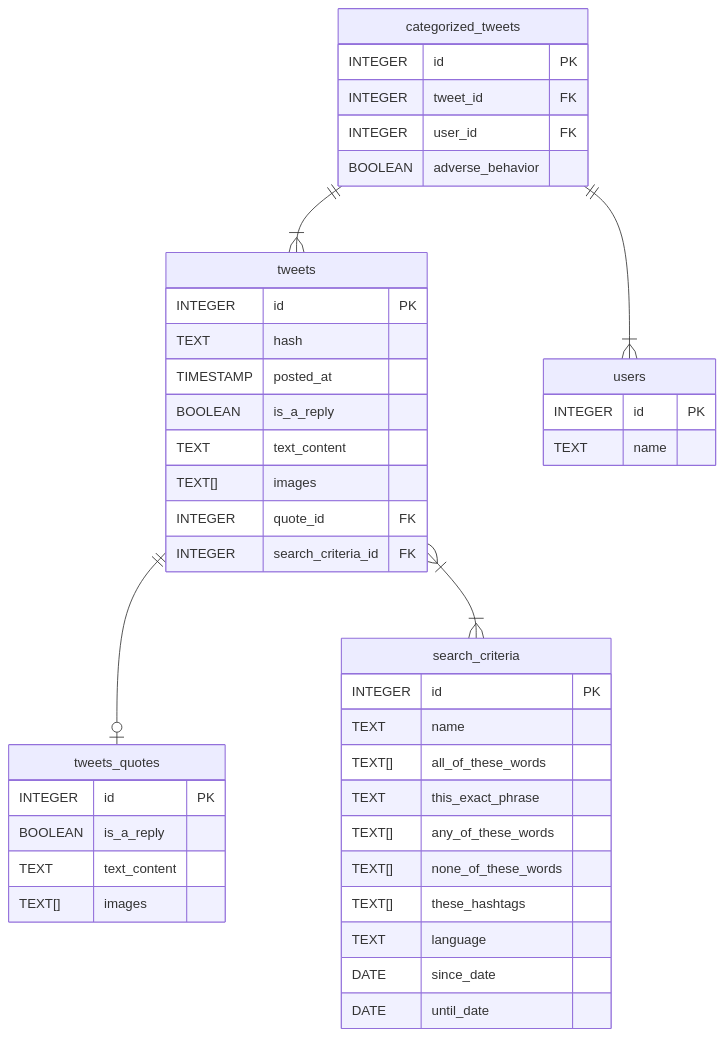
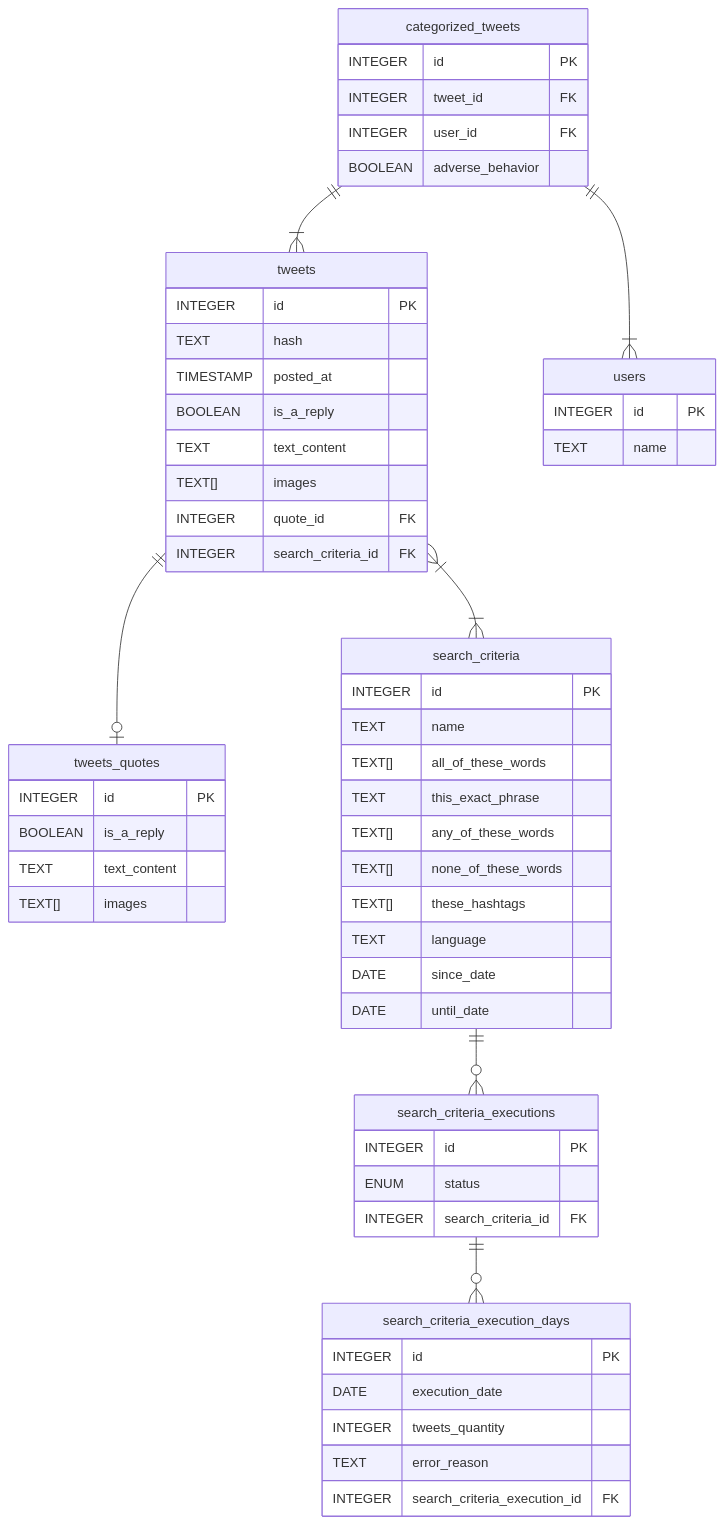
The diagram in README.md (lhbelfanti/ahbcc), drawn with Mermaid before and after one commit. The commit also changed other lines of this file and 8 other files, not shown here.

Commit message:
⚡️ Added search_criteria_executions and search_criteria_execution_dates tables

````diff
--- a/README.md
+++ b/README.md
@@ -37,45 +37,59 @@
 ```mermaid
 erDiagram
     tweets ||--o| tweets_quotes : ""
     tweets }|--|{ search_criteria : ""
     tweets {
         INTEGER id PK
         TEXT hash
         TIMESTAMP posted_at
         BOOLEAN is_a_reply
         TEXT text_content
         TEXT[] images
         INTEGER quote_id FK
         INTEGER search_criteria_id FK
     }
     tweets_quotes {
         INTEGER id PK
         BOOLEAN is_a_reply
         TEXT text_content
         TEXT[] images
     }
+    search_criteria ||--o{ search_criteria_executions : ""
     search_criteria {
         INTEGER id PK
         TEXT name
         TEXT[] all_of_these_words
         TEXT this_exact_phrase
         TEXT[] any_of_these_words
         TEXT[] none_of_these_words
         TEXT[] these_hashtags
         TEXT language
         DATE since_date
         DATE until_date
+    }
+    search_criteria_executions ||--o{ search_criteria_execution_days : ""
+    search_criteria_executions {
+        INTEGER id PK
+        ENUM status
+        INTEGER search_criteria_id FK
+    }
+    search_criteria_execution_days {
+        INTEGER id PK
+        DATE execution_date
+        INTEGER tweets_quantity
+        TEXT error_reason
+        INTEGER search_criteria_execution_id FK
     }
     users {
         INTEGER id PK
         TEXT name
     }
     categorized_tweets ||--|{ tweets : ""
     categorized_tweets ||--|{ users : ""
     categorized_tweets {
         INTEGER id PK
         INTEGER tweet_id FK
         INTEGER user_id FK
         BOOLEAN adverse_behavior
     }
 ```
````
